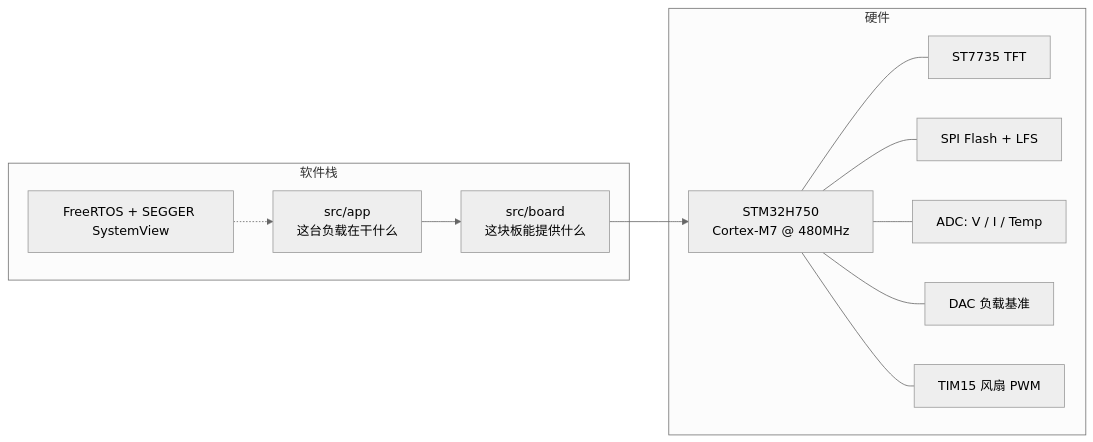
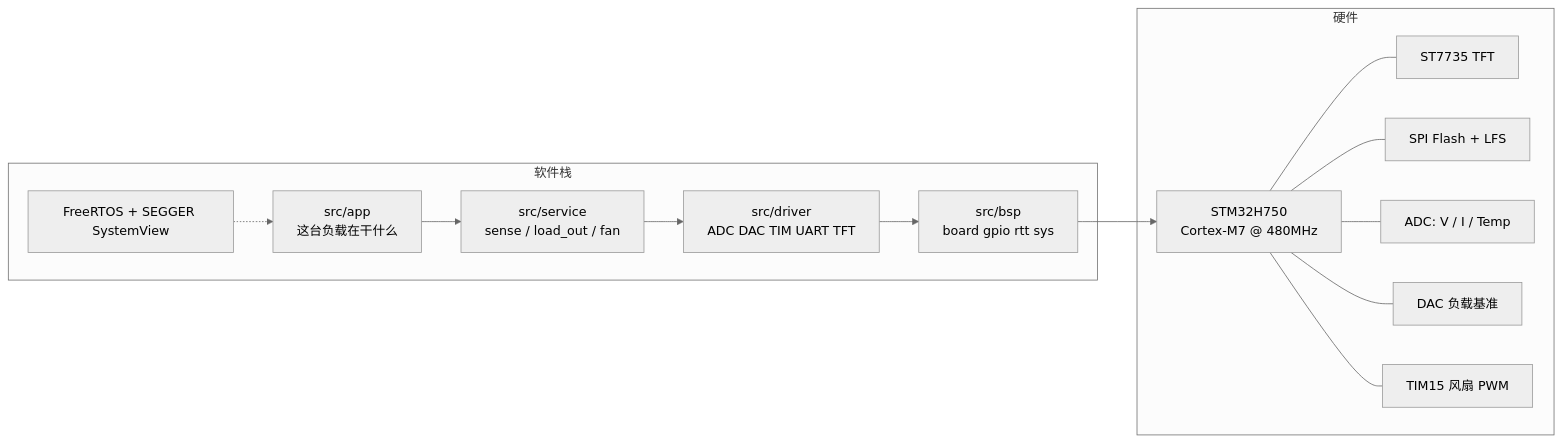
The first of 11 diagrams in README.md (4ImL3sSb0T/BaseFramework), drawn with Mermaid (neutral theme) before and after one commit. The commit also changed other lines of this file and 66 other files, not shown here.

````diff
--- a/README.md
+++ b/README.md
@@ -6,21 +6,23 @@
 ```mermaid
 flowchart LR
   subgraph HW[硬件]
     MCU[STM32H750<br/>Cortex-M7 @ 480MHz]
     TFT[ST7735 TFT]
     FLASH[SPI Flash + LFS]
     SENSE[ADC: V / I / Temp]
     DAC[DAC 负载基准]
     FAN[TIM15 风扇 PWM]
   end
 
   subgraph SW[软件栈]
     APP[src/app<br/>这台负载在干什么]
-    BOARD[src/board<br/>这块板能提供什么]
+    SVC[src/service<br/>sense / load_out / fan]
+    DRV[src/driver<br/>ADC DAC TIM UART TFT]
+    BSP[src/bsp<br/>board gpio rtt sys]
     RTOS[FreeRTOS + SEGGER SystemView]
   end
 
   MCU --- TFT & FLASH & SENSE & DAC & FAN
-  APP --> BOARD --> MCU
+  APP --> SVC --> DRV --> BSP --> MCU
   RTOS -.-> APP
 ```
````
